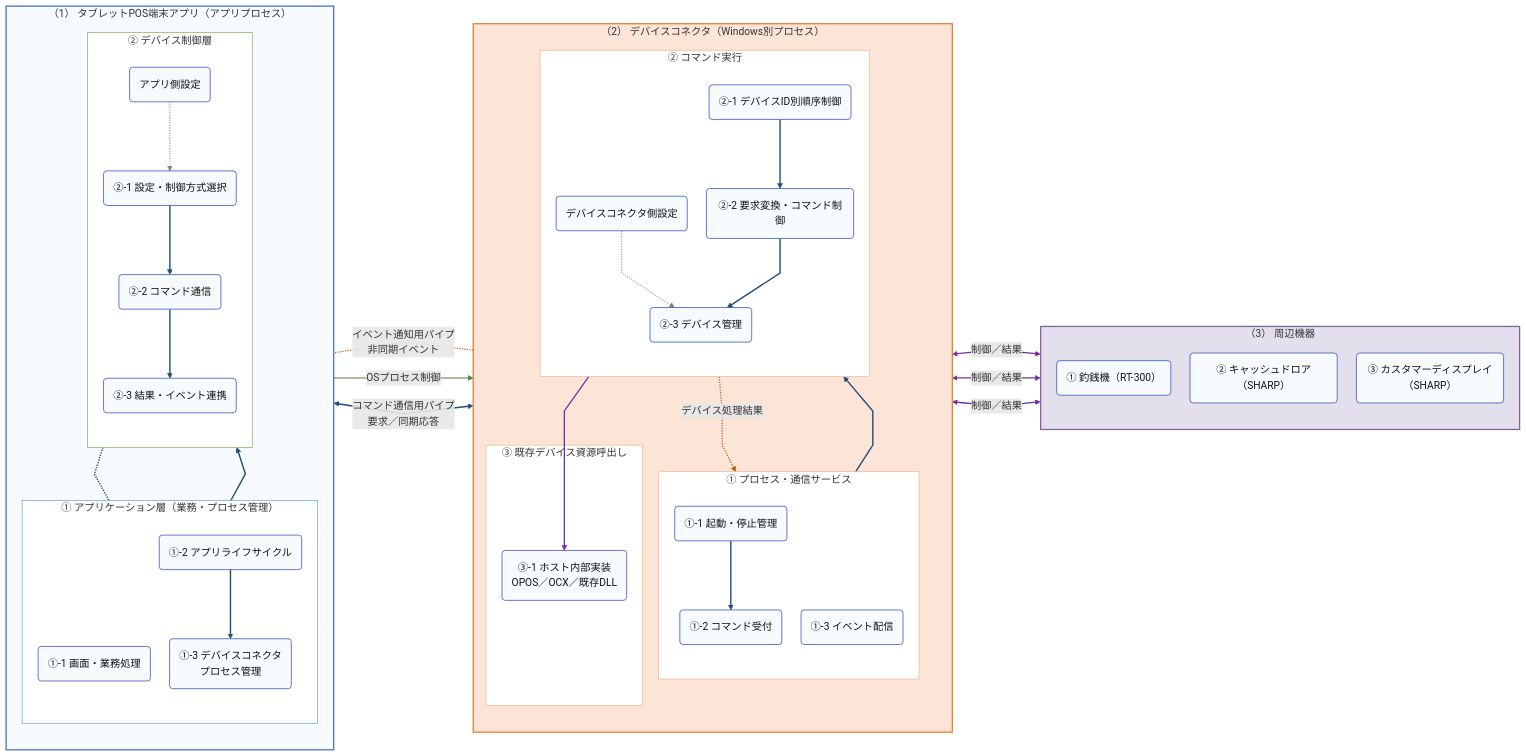
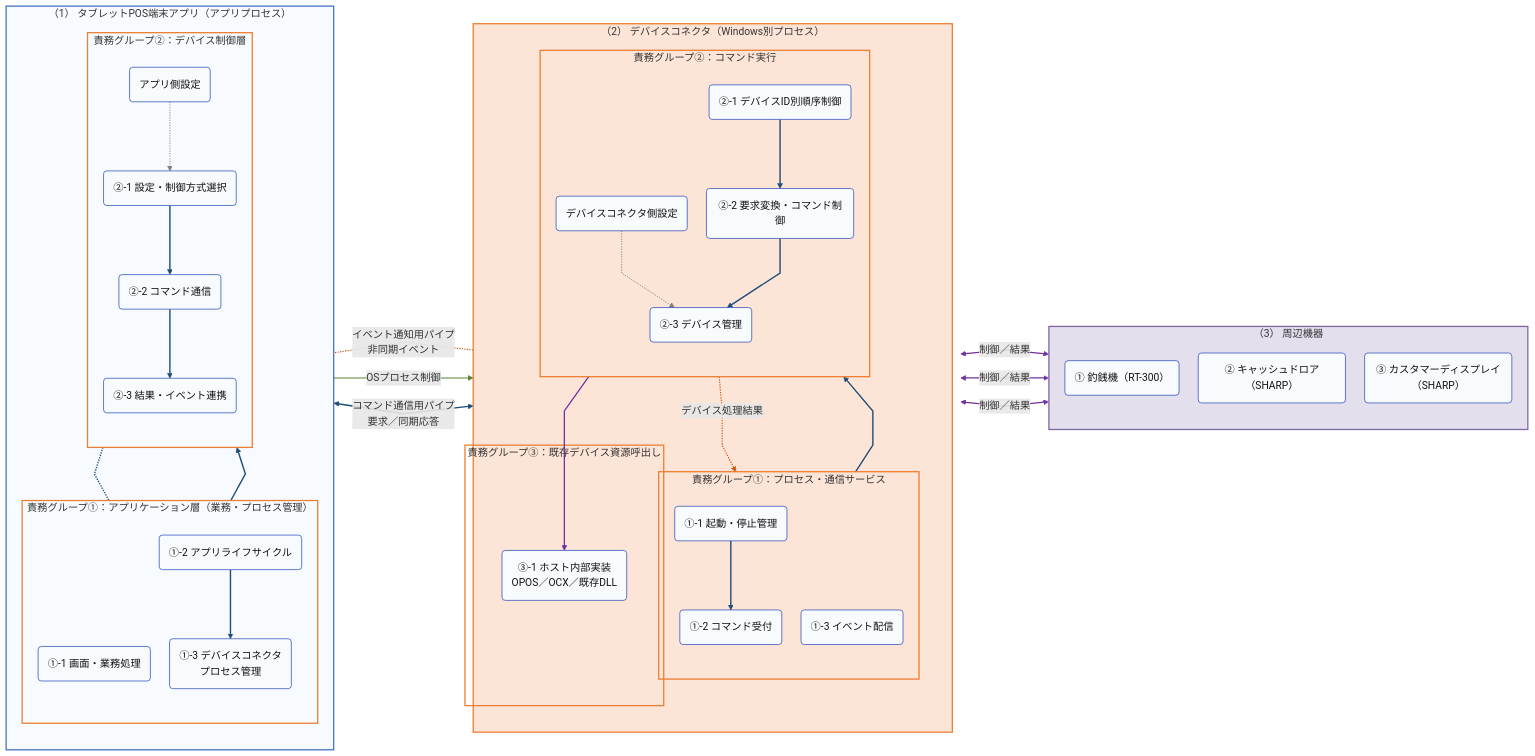
The second of 3 diagrams in artifacts/reports/architecture/ARCH-HOST-01_タブレットPOS_デバイスコネクタ基本設計書/ARCH-HOST-01_タブレットPOS_デバイスコネクタ基本設計書.md (vti-sam/smj-ks-pos-stored), drawn with Mermaid before and after one commit. The commit also changed other lines of this file and 3 other files, not shown here.

````diff
--- a/artifacts/reports/architecture/ARCH-HOST-01_タブレットPOS_デバイスコネクタ基本設計書/ARCH-HOST-01_タブレットPOS_デバイスコネクタ基本設計書.md
+++ b/artifacts/reports/architecture/ARCH-HOST-01_タブレットPOS_デバイスコネクタ基本設計書/ARCH-HOST-01_タブレットPOS_デバイスコネクタ基本設計書.md
@@ -243,81 +243,81 @@
 ```mermaid
 %%{init: {"flowchart": {"defaultRenderer": "dagre", "curve": "linear", "nodeSpacing": 30, "rankSpacing": 58}}}%%
 flowchart RL
     subgraph APP["（1） タブレットPOS端末アプリ（アプリプロセス）"]
         direction TB
-        subgraph APP_COORD["① アプリケーション層（業務・プロセス管理）"]
+        subgraph APP_COORD["責務グループ①：アプリケーション層（業務・プロセス管理）"]
             direction TB
             BUSINESS("①-1 画面・業務処理")
             LIFECYCLE("①-2 アプリライフサイクル")
             PROCESS("①-3 デバイスコネクタ<br/>プロセス管理")
             LIFECYCLE --> PROCESS
         end
-        subgraph APP_ACCESS["② デバイス制御層"]
+        subgraph APP_ACCESS["責務グループ②：デバイス制御層"]
             direction TB
             APP_SETTING("アプリ側設定")
             SELECT("②-1 設定・制御方式選択")
             COMMAND("②-2 コマンド通信")
             RESULT("②-3 結果・イベント連携")
             APP_SETTING -.-> SELECT
             SELECT --> COMMAND --> RESULT
         end
         BUSINESS --> SELECT
         RESULT -.- BUSINESS
     end
 
     subgraph HOST["（2） デバイスコネクタ（Windows別プロセス）"]
         direction TB
-        subgraph HOST_SERVICE["① プロセス・通信サービス"]
+        subgraph HOST_SERVICE["責務グループ①：プロセス・通信サービス"]
             direction TB
             RUNTIME("①-1 起動・停止管理")
             SERVER("①-2 コマンド受付")
             EVENT("①-3 イベント配信")
             RUNTIME --> SERVER
         end
-        subgraph HOST_EXEC["② コマンド実行"]
+        subgraph HOST_EXEC["責務グループ②：コマンド実行"]
             direction TB
             HOST_SETTING("デバイスコネクタ側設定")
             ORDER("②-1 デバイスID別順序制御")
             CONTROL("②-2 要求変換・コマンド制御")
             MANAGER("②-3 デバイス管理")
             HOST_SETTING -.-> MANAGER
             ORDER --> CONTROL --> MANAGER
         end
-        subgraph HOST_ADAPTER["③ 既存デバイス資源呼出し"]
+        subgraph HOST_ADAPTER["責務グループ③：既存デバイス資源呼出し"]
             ADAPTER("③-1 ホスト内部実装<br/>OPOS／OCX／既存DLL")
         end
         SERVER --> ORDER
         MANAGER --> ADAPTER
         MANAGER -.->|デバイス処理結果| EVENT
     end
 
     subgraph DEVICE["（3） 周辺機器"]
         direction TB
         CASH("① 釣銭機（RT-300）")
         DRAWER("② キャッシュドロア（SHARP）")
         DISPLAY("③ カスタマーディスプレイ（SHARP）")
     end
 
     PROCESS -->|OSプロセス制御| RUNTIME
     COMMAND <-->|コマンド通信用パイプ<br/>要求／同期応答| SERVER
     EVENT -.-|イベント通知用パイプ<br/>非同期イベント| RESULT
     CASH <-->|制御／結果| ADAPTER
     DRAWER <-->|制御／結果| ADAPTER
     DISPLAY <-->|制御／結果| ADAPTER
 
     classDef component fill:#F8FBFD,stroke:#0D32B2,color:#111111
     class BUSINESS,LIFECYCLE,PROCESS,APP_SETTING,SELECT,COMMAND,RESULT,RUNTIME,SERVER,EVENT,HOST_SETTING,ORDER,CONTROL,MANAGER,ADAPTER,CASH,DRAWER,DISPLAY component
     style APP fill:#F7FBFF,stroke:#4472C4,stroke-width:2px
-    style APP_COORD fill:#FFFFFF,stroke:#5B9BD5
-    style APP_ACCESS fill:#FFFFFF,stroke:#70AD47
+    style APP_COORD fill:none,stroke:#ED7D31,stroke-width:2px
+    style APP_ACCESS fill:none,stroke:#ED7D31,stroke-width:2px
     style HOST fill:#FCE4D6,stroke:#ED7D31,stroke-width:2px
-    style HOST_SERVICE fill:#FFFFFF,stroke:#F4B183
-    style HOST_EXEC fill:#FFFFFF,stroke:#F4B183
-    style HOST_ADAPTER fill:#FFFFFF,stroke:#F4B183
+    style HOST_SERVICE fill:none,stroke:#ED7D31,stroke-width:2px
+    style HOST_EXEC fill:none,stroke:#ED7D31,stroke-width:2px
+    style HOST_ADAPTER fill:none,stroke:#ED7D31,stroke-width:2px
     style DEVICE fill:#E4DFEC,stroke:#8064A2,stroke-width:2px
     linkStyle 0,2,3,4,5,6,8,9,10,14 stroke:#1F4E79,stroke-width:2.2px
     linkStyle 1,7 stroke:#7F7F7F,stroke-width:1.3px
     linkStyle 12,15 stroke:#C65911,stroke-width:1.8px
     linkStyle 13 stroke:#548235,stroke-width:1.8px
     linkStyle 11,16,17,18 stroke:#7030A0,stroke-width:2px
 ```
````
